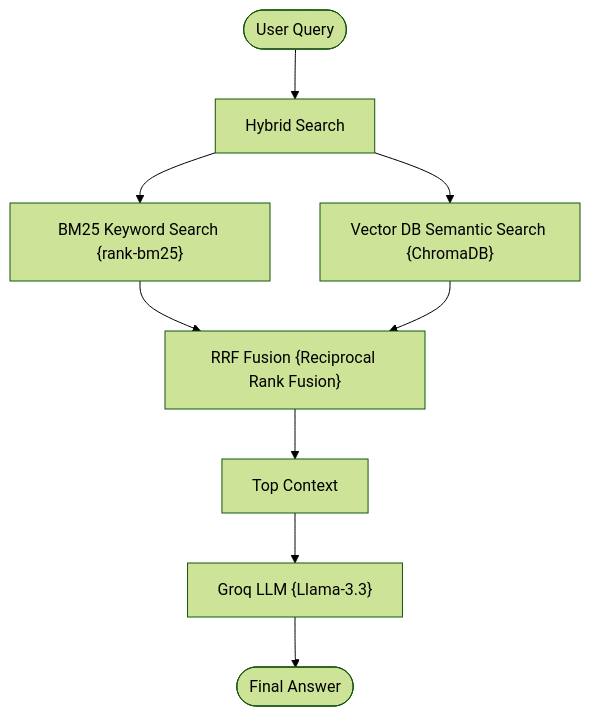
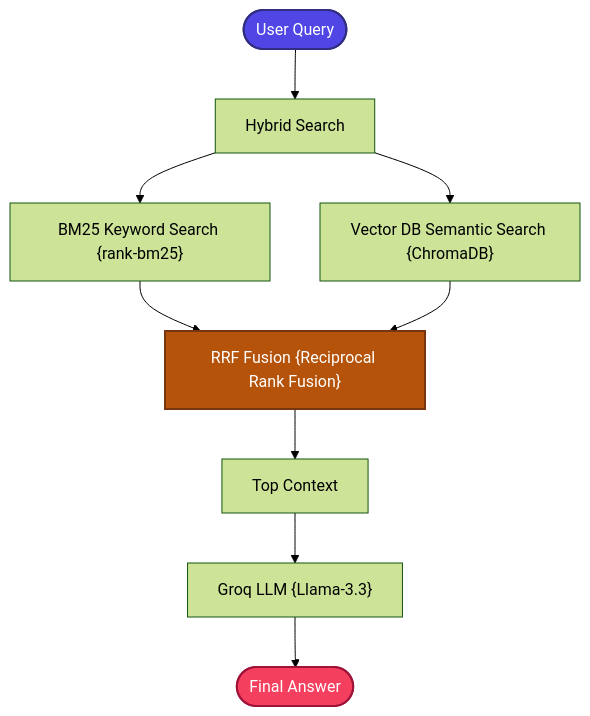
One commit to mohd-faizy/RAG-Design-Patterns changed the diagram in 02_Hybrid_RAG/README.md. Above: the diagram before and after it, drawn with Mermaid (forest theme). The commit also changed 18 other files, not shown here.

````diff
--- a/02_Hybrid_RAG/README.md
+++ b/02_Hybrid_RAG/README.md
@@ -21,11 +21,15 @@
 ```mermaid
 graph TD
     Query([User Query]) --> Search[Hybrid Search]
     Search --> BM25["BM25 Keyword Search {rank-bm25}"]
     Search --> Vector["Vector DB Semantic Search {ChromaDB}"]
     BM25 --> RRF["RRF Fusion {Reciprocal Rank Fusion}"]
     Vector --> RRF
     RRF --> TopContext[Top Context]
     TopContext --> Groq["Groq LLM {Llama-3.3}"]
     Groq --> FinalAnswer([Final Answer])
+
+    style Query fill:#4F46E5,stroke:#312E81,stroke-width:2px,color:#fff
+    style FinalAnswer fill:#F43F5E,stroke:#9F1239,stroke-width:2px,color:#fff
+    style RRF fill:#B45309,stroke:#78350F,stroke-width:2px,color:#fff
 ```
````
